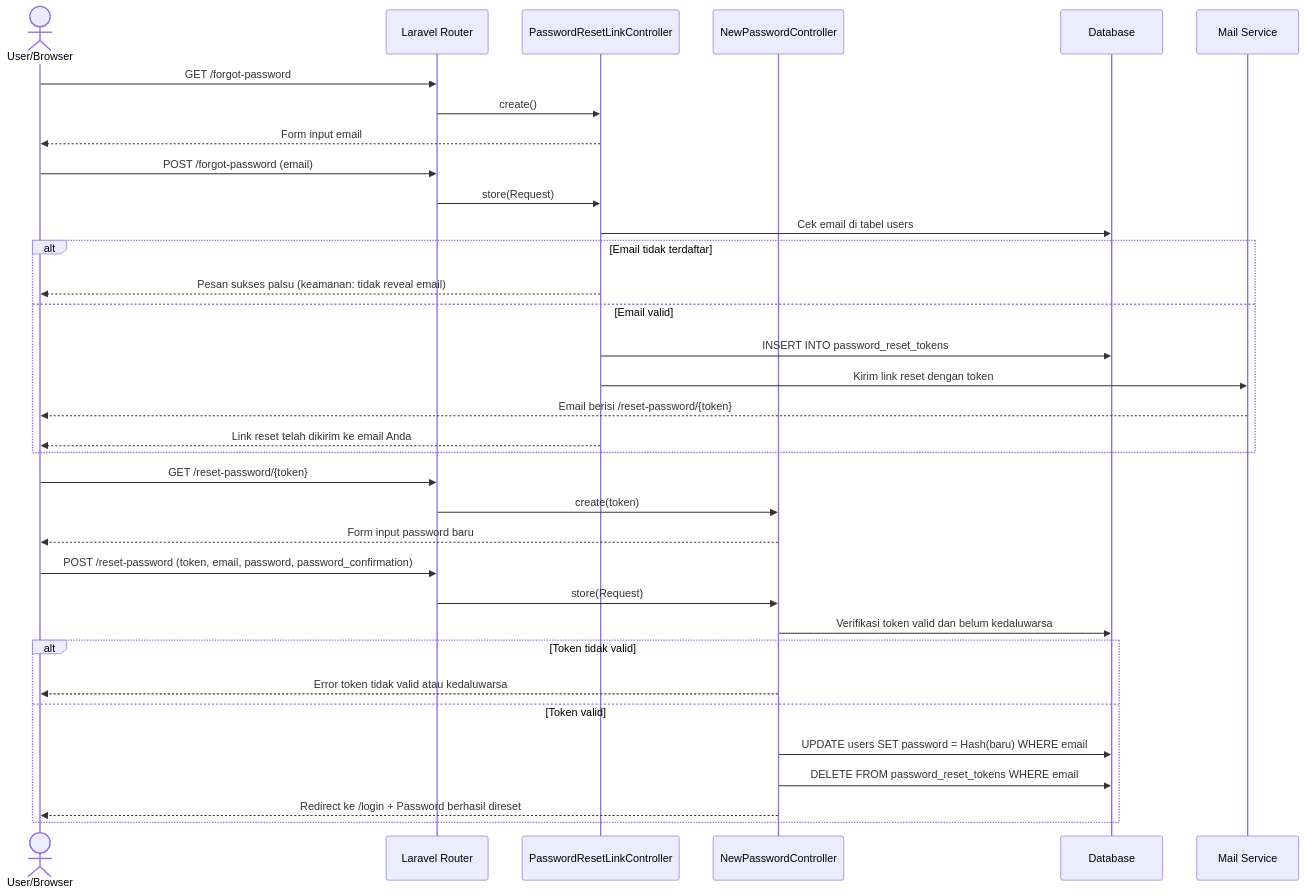
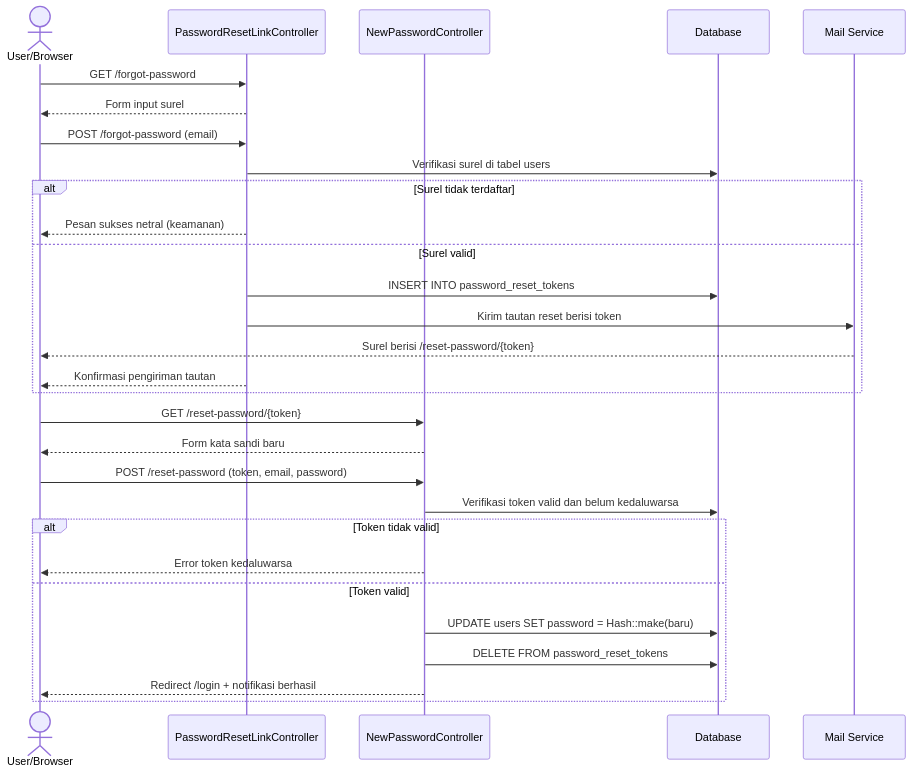
One commit to mustarisyahding07-spec/WEBSITE_SKRIPSI_MUSTARI changed diagram 12 of 17 in docs/SEQUENCE_DIAGRAM_DOKUMENTASI.md. Above: the diagram before and after it, drawn with Mermaid. The commit also changed other lines of this file, not shown here.

Commit message:
docs: perbarui penjelasan sequence diagram ke format paragraf akademik

````diff
--- a/docs/SEQUENCE_DIAGRAM_DOKUMENTASI.md
+++ b/docs/SEQUENCE_DIAGRAM_DOKUMENTASI.md
@@ -587,42 +509,35 @@
 ```mermaid
 sequenceDiagram
     actor User as User/Browser
-    participant Router as Laravel Router
     participant PRLC as PasswordResetLinkController
     participant NPC as NewPasswordController
     participant DB as Database
     participant Email as Mail Service
 
-    User->>Router: GET /forgot-password
-    Router->>PRLC: create()
-    PRLC-->>User: Form input email
+    User->>PRLC: GET /forgot-password
+    PRLC-->>User: Form input surel
 
-    User->>Router: POST /forgot-password (email)
-    Router->>PRLC: store(Request)
-    PRLC->>DB: Cek email di tabel users
-
-    alt Email tidak terdaftar
-        PRLC-->>User: Pesan sukses palsu (keamanan: tidak reveal email)
-    else Email valid
+    User->>PRLC: POST /forgot-password (email)
+    PRLC->>DB: Verifikasi surel di tabel users
+    alt Surel tidak terdaftar
+        PRLC-->>User: Pesan sukses netral (keamanan)
+    else Surel valid
         PRLC->>DB: INSERT INTO password_reset_tokens
-        PRLC->>Email: Kirim link reset dengan token
-        Email-->>User: Email berisi /reset-password/{token}
-        PRLC-->>User: Link reset telah dikirim ke email Anda
+        PRLC->>Email: Kirim tautan reset berisi token
+        Email-->>User: Surel berisi /reset-password/{token}
+        PRLC-->>User: Konfirmasi pengiriman tautan
     end
 
-    User->>Router: GET /reset-password/{token}
-    Router->>NPC: create(token)
-    NPC-->>User: Form input password baru
+    User->>NPC: GET /reset-password/{token}
+    NPC-->>User: Form kata sandi baru
 
-    User->>Router: POST /reset-password (token, email, password, password_confirmation)
-    Router->>NPC: store(Request)
+    User->>NPC: POST /reset-password (token, email, password)
     NPC->>DB: Verifikasi token valid dan belum kedaluwarsa
-
     alt Token tidak valid
-        NPC-->>User: Error token tidak valid atau kedaluwarsa
+        NPC-->>User: Error token kedaluwarsa
     else Token valid
-        NPC->>DB: UPDATE users SET password = Hash(baru) WHERE email
-        NPC->>DB: DELETE FROM password_reset_tokens WHERE email
-        NPC-->>User: Redirect ke /login + Password berhasil direset
+        NPC->>DB: UPDATE users SET password = Hash::make(baru)
+        NPC->>DB: DELETE FROM password_reset_tokens
+        NPC-->>User: Redirect /login + notifikasi berhasil
     end
 ```
````
